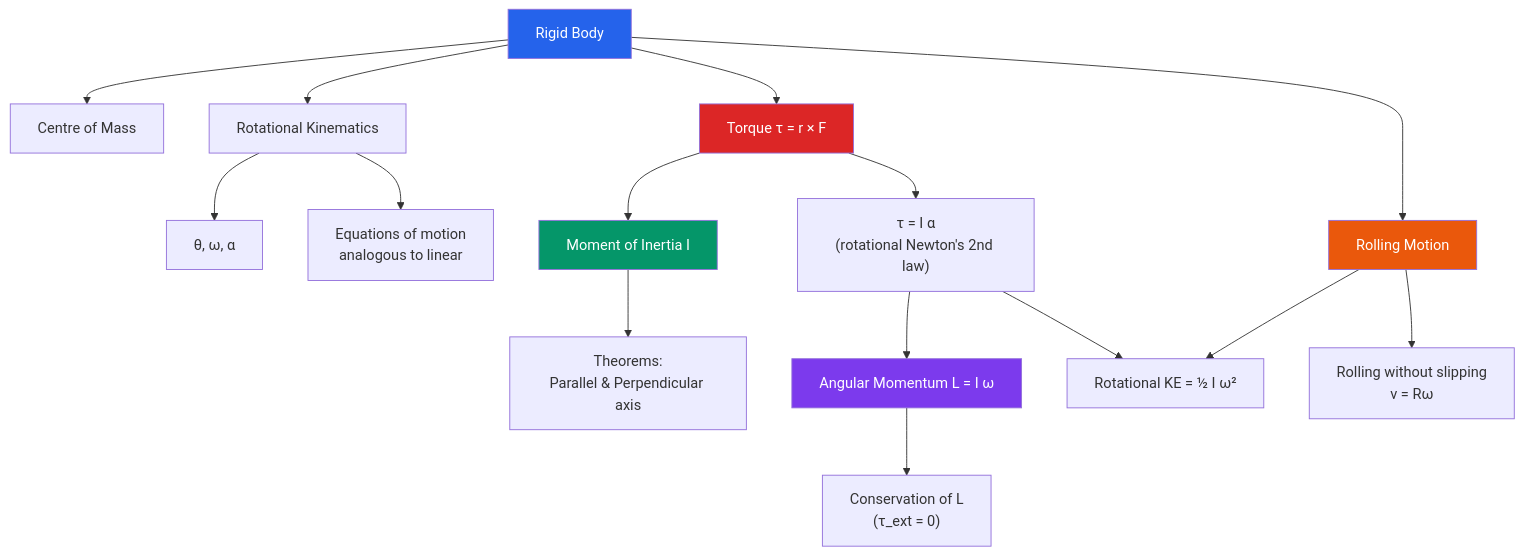
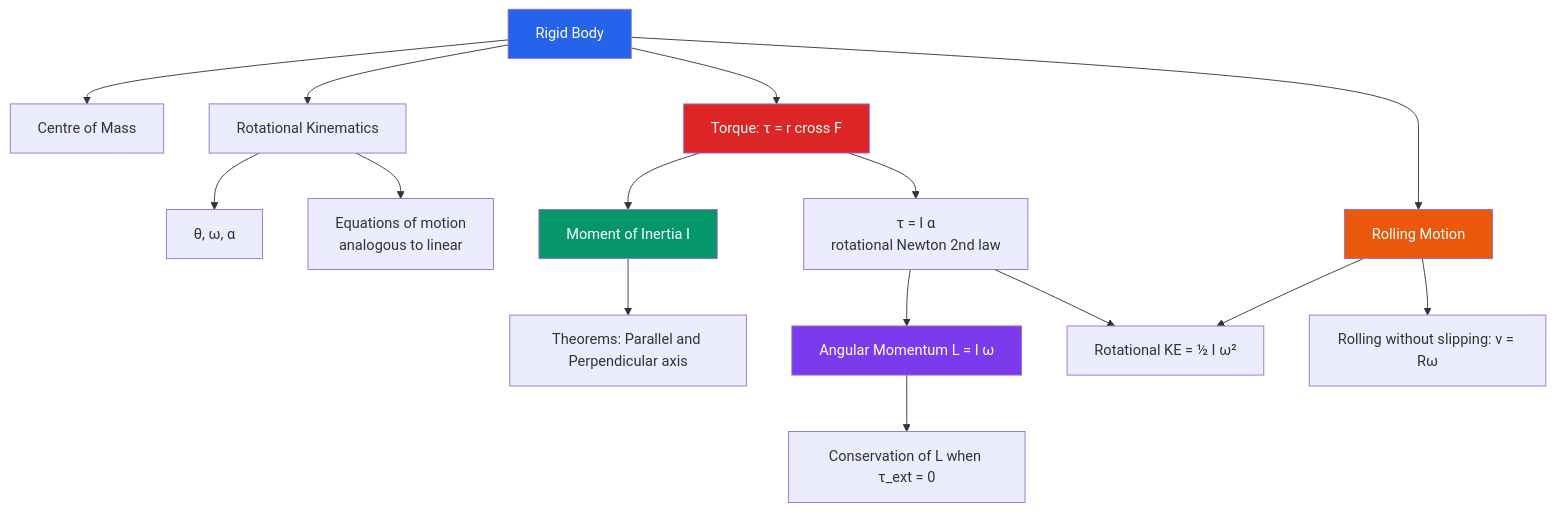
Before and after one commit to namansinghpatel/JEE-Forge: the diagram in class-11/physics/05-rotational-motion/01-concepts.md, drawn with Mermaid. The commit also changed 3 other files, not shown here.

Commit message:
Initial commit: JEE-Forge vault + Class 11 Physics Rotational Motion (concepts, 35 solved, 35 practice, deep-dive, formula recap, notes, templates)

````diff
--- a/class-11/physics/05-rotational-motion/01-concepts.md
+++ b/class-11/physics/05-rotational-motion/01-concepts.md
@@ -27,22 +27,22 @@
 ```mermaid
 flowchart TD
-    A[Rigid Body] --> B[Centre of Mass]
-    A --> C[Rotational Kinematics]
+    A["Rigid Body"] --> B["Centre of Mass"]
+    A --> C["Rotational Kinematics"]
     C --> C1["θ, ω, α"]
-    C --> C2[Equations of motion<br/>analogous to linear]
-    A --> D[Torque τ = r × F]
-    D --> E[Moment of Inertia I]
-    E --> E1[Theorems:<br/>Parallel & Perpendicular axis]
-    D --> F["τ = I α<br/>(rotational Newton's 2nd law)"]
-    F --> G[Angular Momentum L = I ω]
-    G --> H["Conservation of L<br/>(τ_ext = 0)"]
-    F --> J[Rotational KE = ½ I ω²]
-    A --> K[Rolling Motion]
-    K --> K1[Rolling without slipping<br/>v = Rω]
+    C --> C2["Equations of motion<br/>analogous to linear"]
+    A --> D["Torque: τ = r cross F"]
+    D --> E["Moment of Inertia I"]
+    E --> E1["Theorems: Parallel and Perpendicular axis"]
+    D --> F["τ = I α<br/>rotational Newton 2nd law"]
+    F --> G["Angular Momentum L = I ω"]
+    G --> H["Conservation of L when τ_ext = 0"]
+    F --> J["Rotational KE = ½ I ω²"]
+    A --> K["Rolling Motion"]
+    K --> K1["Rolling without slipping: v = Rω"]
     K --> J
     style A fill:#2563eb,color:#fff
     style D fill:#dc2626,color:#fff
     style E fill:#059669,color:#fff
     style G fill:#7c3aed,color:#fff
     style K fill:#ea580c,color:#fff
 ```
````
